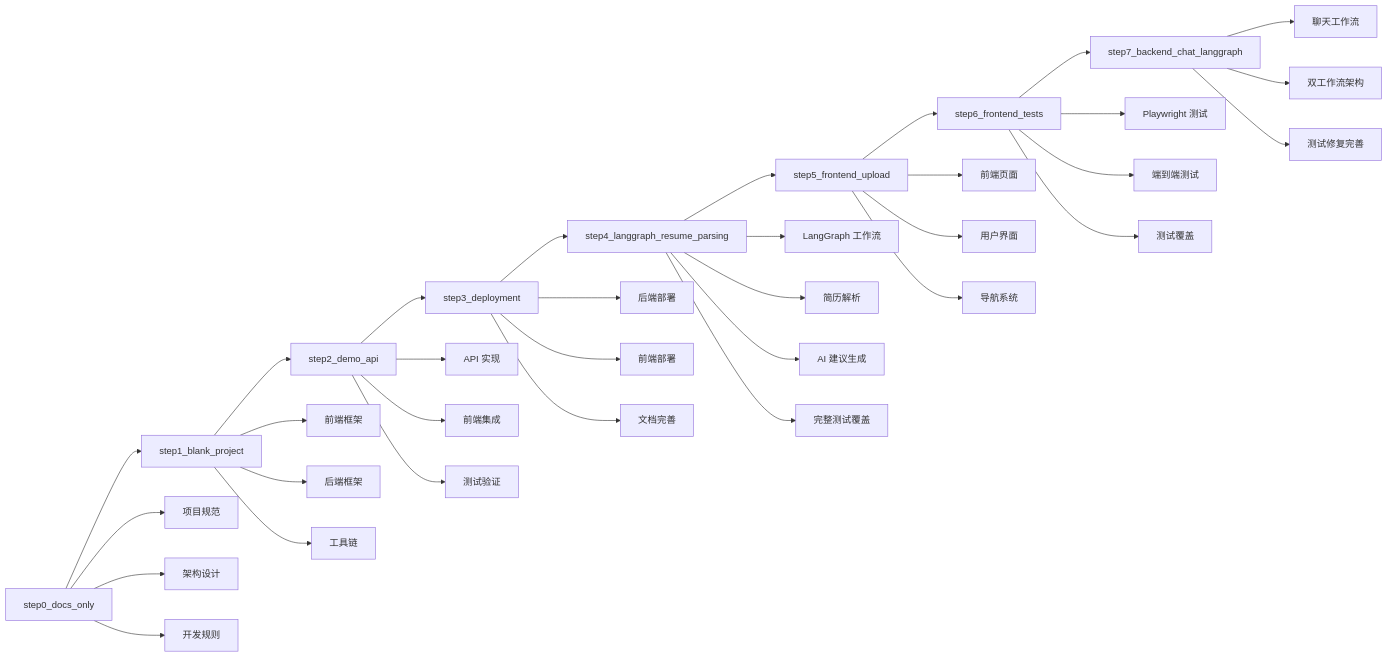
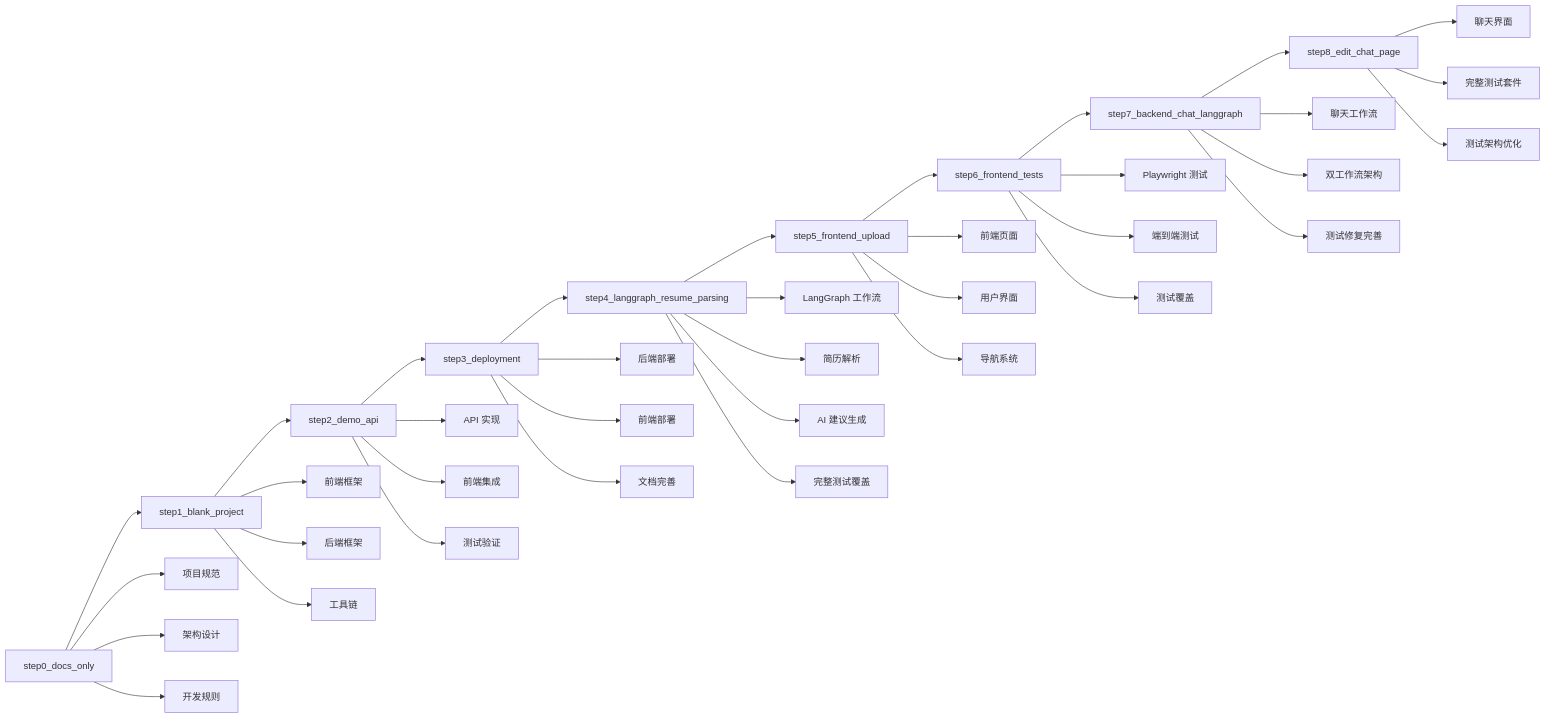
One commit to benyue1978/learn_agent_jobprep changed the fourth of 4 diagrams in TAGS.md. Above: the diagram before and after it, drawn with Mermaid. The commit also changed other lines of this file, not shown here.

First line of the commit message:
feat: 添加 step8_edit_chat_page 标签文档

````diff
--- a/TAGS.md
+++ b/TAGS.md
@@ -399,43 +514,48 @@
 ```mermaid
 graph LR
     A[step0_docs_only] --> B[step1_blank_project]
     B --> C[step2_demo_api]
     C --> D[step3_deployment]
     D --> E[step4_langgraph_resume_parsing]
     E --> F[step5_frontend_upload]
     F --> G[step6_frontend_tests]
     G --> H[step7_backend_chat_langgraph]
+    H --> I[step8_edit_chat_page]
 
     A --> A1[项目规范]
     A --> A2[架构设计]
     A --> A3[开发规则]
 
     B --> B1[前端框架]
     B --> B2[后端框架]
     B --> B3[工具链]
 
     C --> C1[API 实现]
     C --> C2[前端集成]
     C --> C3[测试验证]
 
     D --> D1[后端部署]
     D --> D2[前端部署]
     D --> D3[文档完善]
 
     E --> E1[LangGraph 工作流]
     E --> E2[简历解析]
     E --> E3[AI 建议生成]
     E --> E4[完整测试覆盖]
 
     F --> F1[前端页面]
     F --> F2[用户界面]
     F --> F3[导航系统]
 
     G --> G1[Playwright 测试]
     G --> G2[端到端测试]
     G --> G3[测试覆盖]
 
     H --> H1[聊天工作流]
     H --> H2[双工作流架构]
     H --> H3[测试修复完善]
+
+    I --> I1[聊天界面]
+    I --> I2[完整测试套件]
+    I --> I3[测试架构优化]
 ```
````
